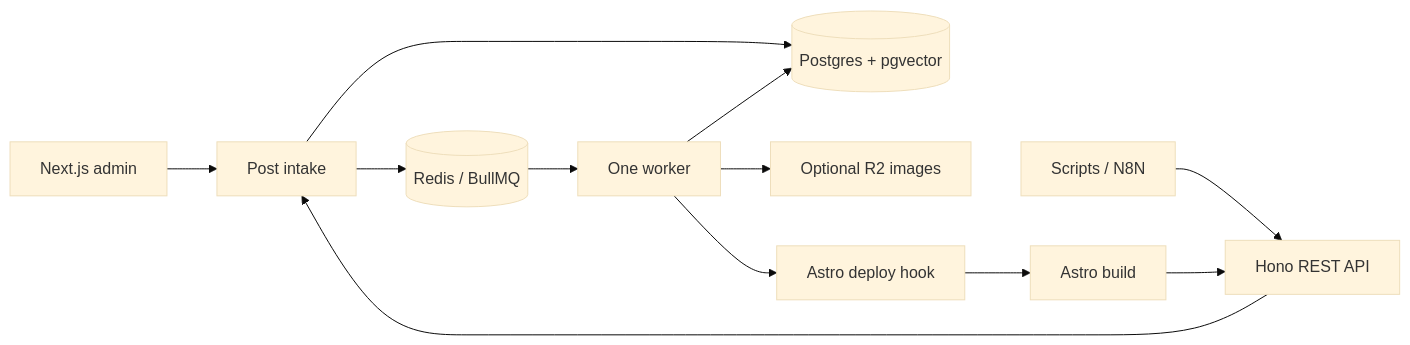
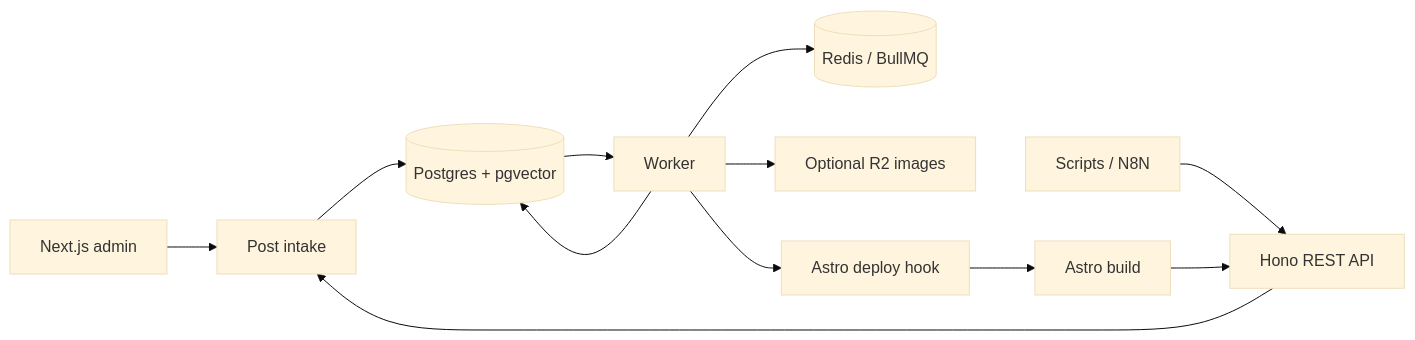
Before and after one commit to unlockers-io/easeia-monorepo: the diagram in README.md, drawn with Mermaid (base theme). The commit also changed other lines of this file and 566 other files, not shown here.

````diff
--- a/README.md
+++ b/README.md
@@ -77,14 +77,14 @@
 ```mermaid
 flowchart LR
   Admin[Next.js admin] --> Posts[Post intake]
   Tools[Scripts / N8N] --> API[Hono REST API]
   API --> Posts
   Posts --> DB[(Postgres + pgvector)]
-  Posts --> Queue[(Redis / BullMQ)]
-  Queue --> Worker[One worker]
+  DB --> Worker[Worker]
+  Worker --> Queue[(Redis / BullMQ)]
   Worker --> DB
   Worker --> R2[Optional R2 images]
   Worker --> Hook[Astro deploy hook]
   Hook --> Build[Astro build]
   Build --> API
 ```
````
